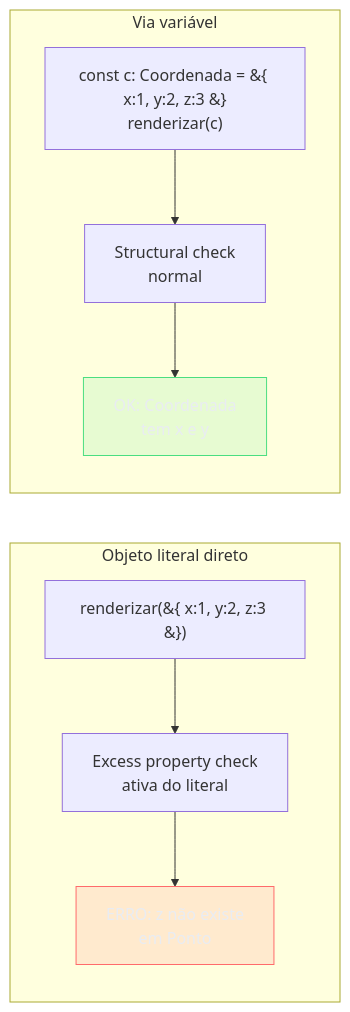
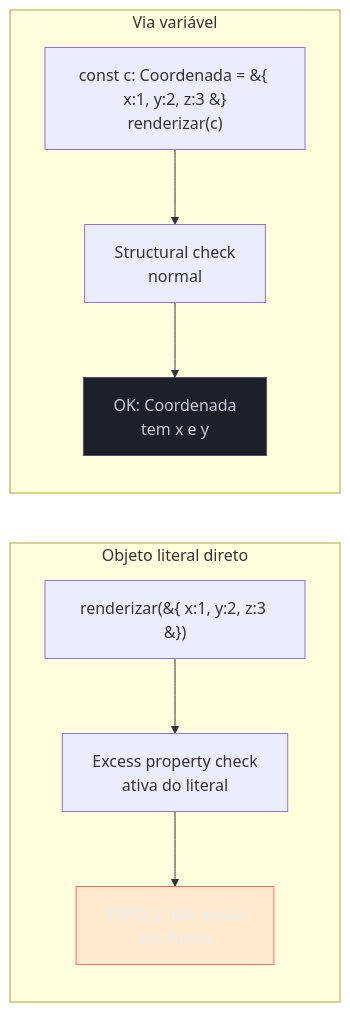
The third of 3 diagrams in 03-Dominios/Tecnologia/TypeScript/01 - O que é TypeScript - gradual, estrutural, apagado.md (josenaldo/codex-technomanticus), drawn with Mermaid before and after one commit. The commit also changed other lines of this file and 601 other files, not shown here.

````diff
--- a/03-Dominios/Tecnologia/TypeScript/01 - O que é TypeScript - gradual, estrutural, apagado.md
+++ b/03-Dominios/Tecnologia/TypeScript/01 - O que é TypeScript - gradual, estrutural, apagado.md
@@ -218,20 +218,20 @@
 ```mermaid
 flowchart LR
+    classDef neutro fill:#1B2029,stroke:#4E5666,color:#C6CCD8
     classDef falha fill:#FF6B6B24,stroke:#FF6B6B,color:#E9ECF2
-    classDef ok fill:#4ADE8021,stroke:#4ADE80,color:#E9ECF2
     subgraph LIT["Objeto literal direto"]
         L1["renderizar(&#123; x:1, y:2, z:3 &#125;)"]
         L2["Excess property check\nativa do literal"]
         L3["ERRO: z não existe\nem Ponto"]
         L1 --> L2 --> L3
         class L3 falha
     end
 
     subgraph VAR["Via variável"]
         V1["const c: Coordenada = &#123; x:1, y:2, z:3 &#125;\nrenderizar(c)"]
         V2["Structural check\nnormal"]
         V3["OK: Coordenada\ntem x e y"]
         V1 --> V2 --> V3
-        class V3 ok
+        class V3 neutro
     end
 ```
````
